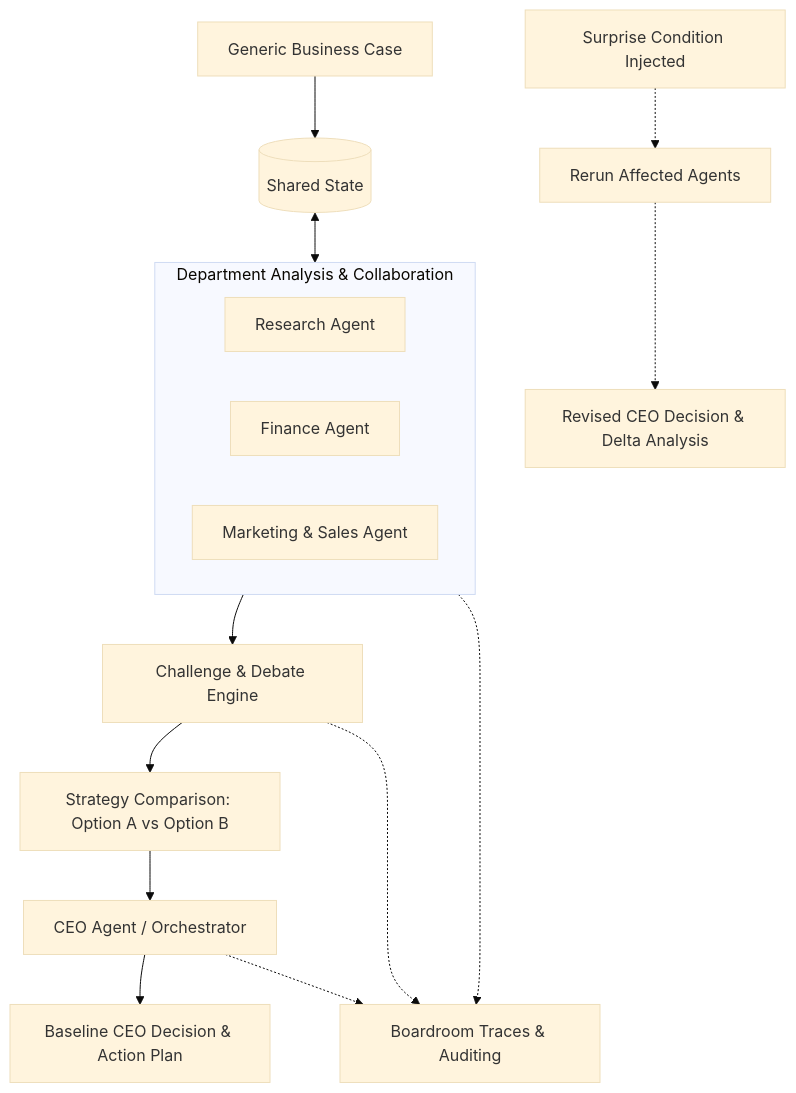
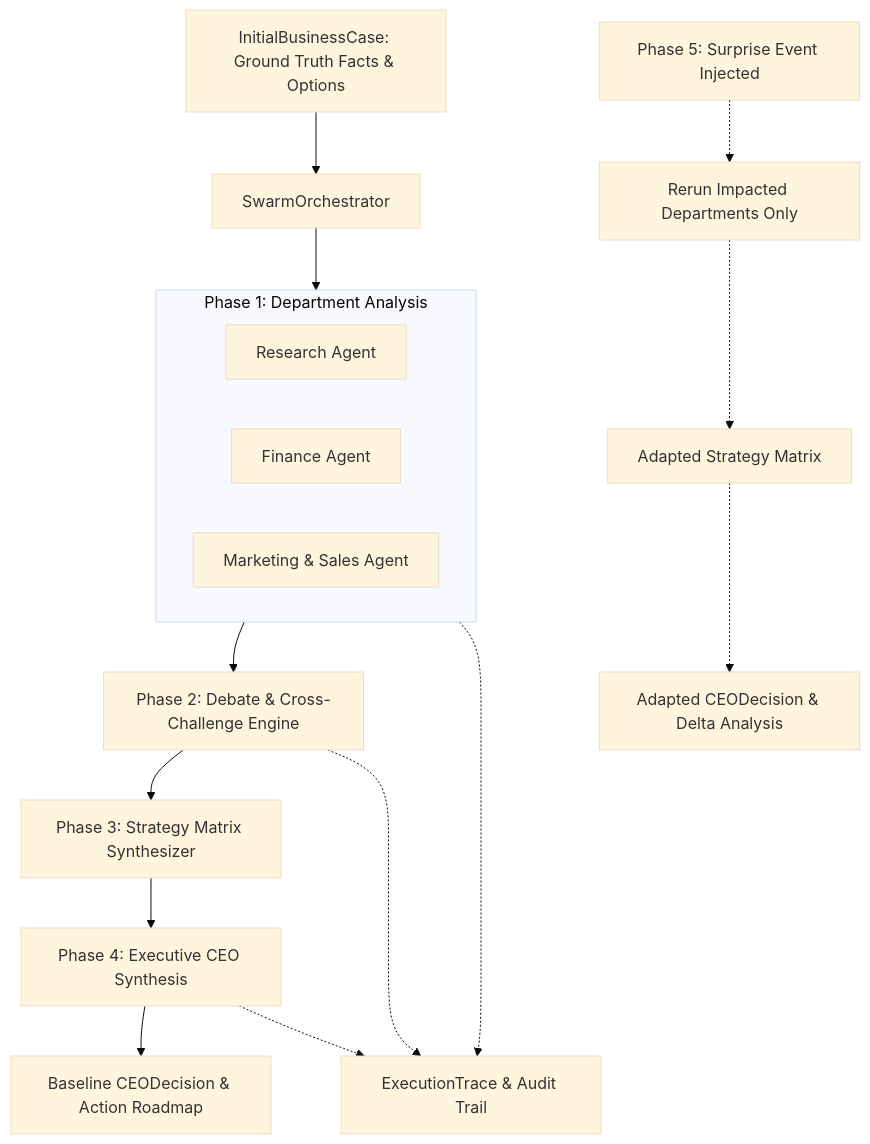
The diagram in README.md (ashen-hycind/Fireflies), drawn with Mermaid (base theme) before and after one commit. The commit also changed other lines of this file, not shown here.

Commit message:
Update README with 7 core schemas, architecture workflow, and getting started guide

````diff
--- a/README.md
+++ b/README.md
@@ -19,24 +19,25 @@
 ```mermaid
 flowchart TD
-    Input[Generic Business Case] --> SharedState[(Shared State)]
+    Input[InitialBusinessCase: Ground Truth Facts & Options] --> Orchestrator[SwarmOrchestrator]
     
-    subgraph DepartmentAgents [Department Analysis & Collaboration]
+    subgraph DepartmentAgents [Phase 1: Department Analysis]
         direction LR
         Research[Research Agent]
         Finance[Finance Agent]
         Marketing[Marketing & Sales Agent]
     end
     
-    SharedState <--> DepartmentAgents
-    DepartmentAgents --> Debate[Challenge & Debate Engine]
-    Debate --> Strategy[Strategy Comparison: Option A vs Option B]
-    Strategy --> CEO[CEO Agent / Orchestrator]
-    CEO --> BaselineDecision[Baseline CEO Decision & Action Plan]
+    Orchestrator --> DepartmentAgents
+    DepartmentAgents --> Debate[Phase 2: Debate & Cross-Challenge Engine]
+    Debate --> Strategy[Phase 3: Strategy Matrix Synthesizer]
+    Strategy --> CEO[Phase 4: Executive CEO Synthesis]
+    CEO --> BaselineDecision[Baseline CEODecision & Action Roadmap]
     
-    Surprise[Surprise Condition Injected] -.-> AffectedAgents[Rerun Affected Agents]
-    AffectedAgents -.-> RevisedDecision[Revised CEO Decision & Delta Analysis]
+    Surprise[Phase 5: Surprise Event Injected] -.-> SelectiveRerun[Rerun Impacted Departments Only]
+    SelectiveRerun -.-> AdaptedStrategy[Adapted Strategy Matrix]
+    AdaptedStrategy -.-> AdaptedCEO[Adapted CEODecision & Delta Analysis]
     
-    DepartmentAgents -.-> Trace[Boardroom Traces & Auditing]
+    DepartmentAgents -.-> Trace[ExecutionTrace & Audit Trail]
     Debate -.-> Trace
     CEO -.-> Trace
 ```
````
